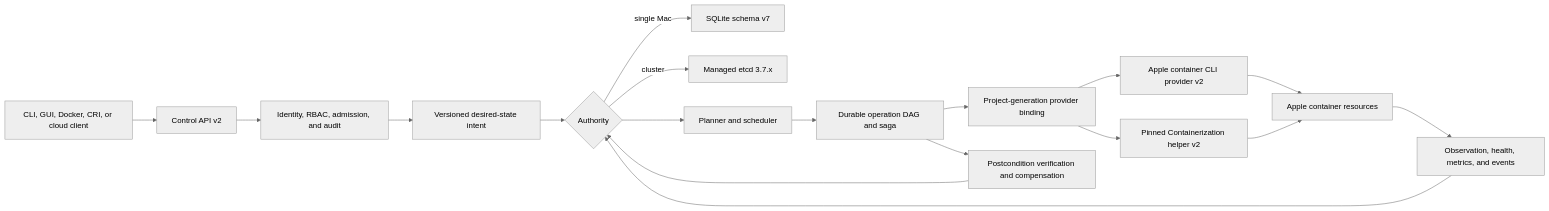
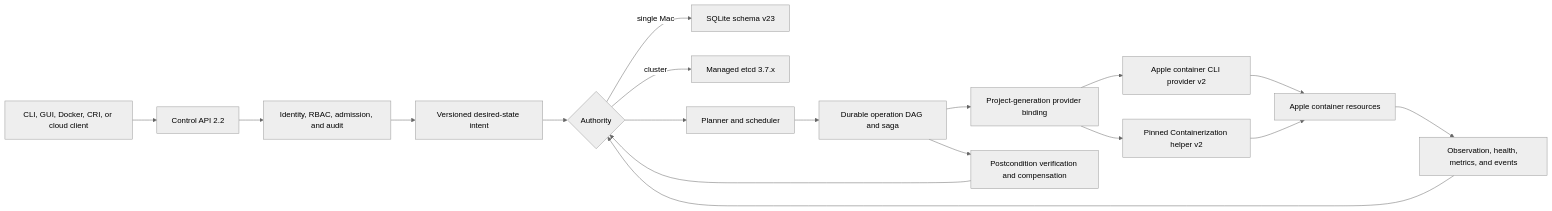
One commit to hostwright/hostwright changed the diagram in docs/roadmap/v0.0.2/IMPLEMENTATION_PLAN.md. Above: the diagram before and after it, drawn with Mermaid (neutral theme). The commit also changed other lines of this file and 41 other files, not shown here.

````diff
--- a/docs/roadmap/v0.0.2/IMPLEMENTATION_PLAN.md
+++ b/docs/roadmap/v0.0.2/IMPLEMENTATION_PLAN.md
@@ -53,20 +53,20 @@
 ```mermaid
 flowchart LR
-    U["CLI, GUI, Docker, CRI, or cloud client"] --> API["Control API v2"]
+    U["CLI, GUI, Docker, CRI, or cloud client"] --> API["Control API 2.2"]
     API --> AUTH["Identity, RBAC, admission, and audit"]
     AUTH --> INTENT["Versioned desired-state intent"]
     INTENT --> STATE{"Authority"}
-    STATE -->|"single Mac"| SQLITE["SQLite schema v7"]
+    STATE -->|"single Mac"| SQLITE["SQLite schema v23"]
     STATE -->|"cluster"| ETCD["Managed etcd 3.7.x"]
     STATE --> PLAN["Planner and scheduler"]
     PLAN --> SAGA["Durable operation DAG and saga"]
     SAGA --> BIND["Project-generation provider binding"]
     BIND --> CLI["Apple container CLI provider v2"]
     BIND --> HELPER["Pinned Containerization helper v2"]
     CLI --> APPLE["Apple container resources"]
     HELPER --> APPLE
     APPLE --> OBSERVE["Observation, health, metrics, and events"]
     OBSERVE --> STATE
     SAGA --> VERIFY["Postcondition verification and compensation"]
     VERIFY --> STATE
 ```
````
